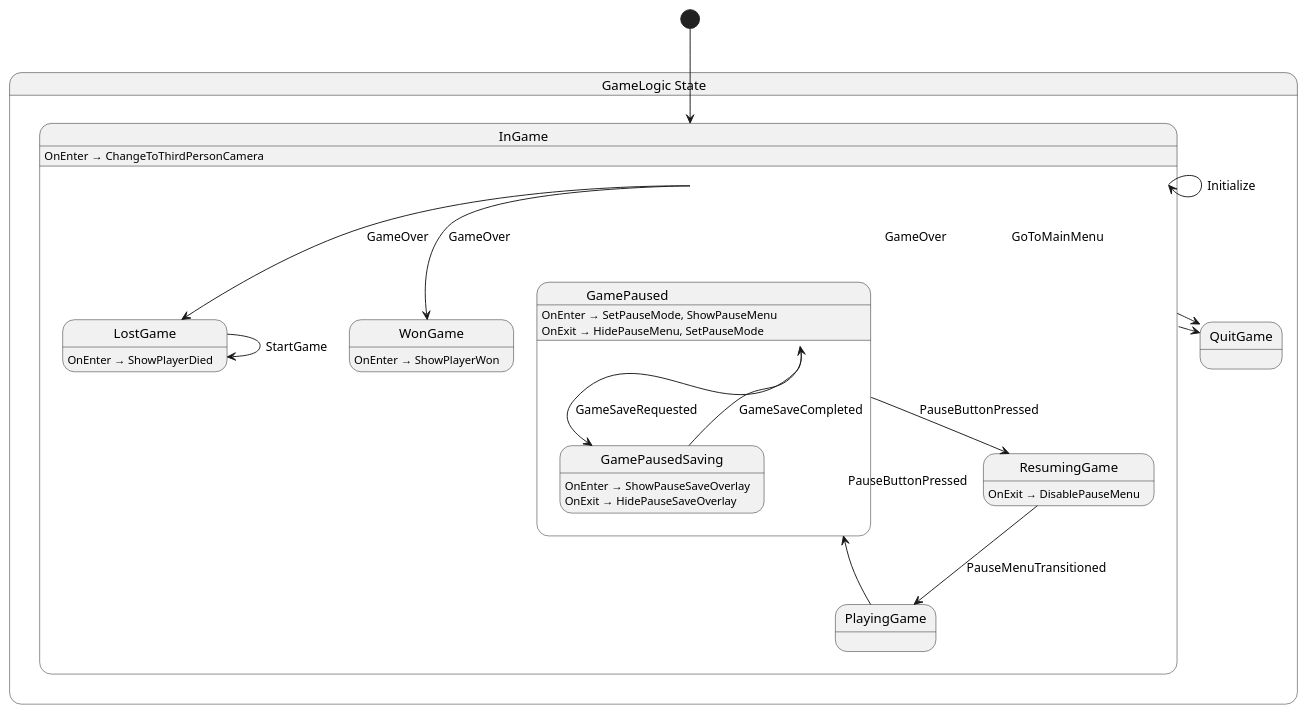
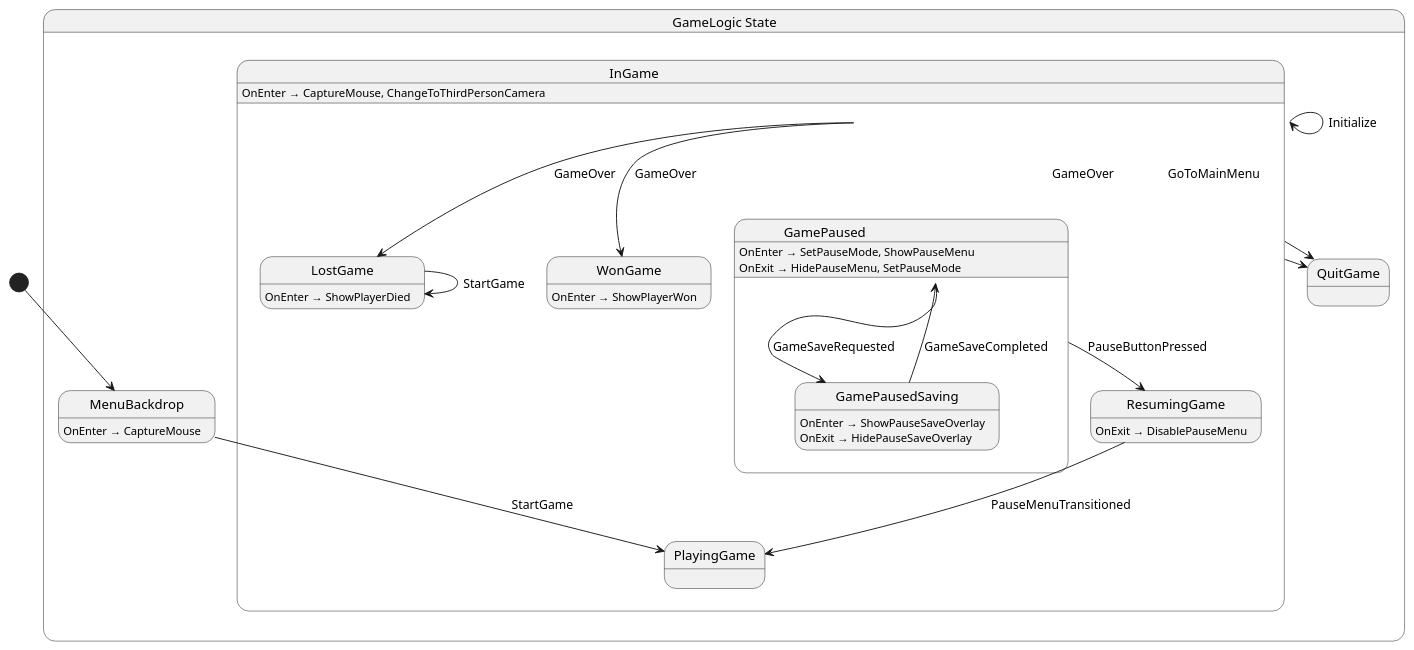
Before and after one commit to chickensoft-games/GameDemo: the diagram in src/game/state/GameLogic.g.puml, drawn with PlantUML. The commit also changed 6 other files, not shown here.

Commit message:
refactor: restore camera switching functionality when starting game

```diff
--- a/src/game/state/GameLogic.g.puml
+++ b/src/game/state/GameLogic.g.puml
@@ -1,40 +1,43 @@
 @startuml GameLogic
 state "GameLogic State" as GameDemo_GameLogic_State {
   state "InGame" as GameDemo_GameLogic_State_InGame {
     state "GamePaused" as GameDemo_GameLogic_State_GamePaused {
       state "GamePausedSaving" as GameDemo_GameLogic_State_GamePausedSaving {
         GameDemo_GameLogic_State_GamePausedSaving : OnEnter → ShowPauseSaveOverlay
         GameDemo_GameLogic_State_GamePausedSaving : OnExit → HidePauseSaveOverlay
       }
       GameDemo_GameLogic_State_GamePaused : OnEnter → SetPauseMode, ShowPauseMenu
       GameDemo_GameLogic_State_GamePaused : OnExit → HidePauseMenu, SetPauseMode
     }
     state "LostGame" as GameDemo_GameLogic_State_LostGame {
       GameDemo_GameLogic_State_LostGame : OnEnter → ShowPlayerDied
     }
     state "PlayingGame" as GameDemo_GameLogic_State_PlayingGame
     state "ResumingGame" as GameDemo_GameLogic_State_ResumingGame {
       GameDemo_GameLogic_State_ResumingGame : OnExit → DisablePauseMenu
     }
     state "WonGame" as GameDemo_GameLogic_State_WonGame {
       GameDemo_GameLogic_State_WonGame : OnEnter → ShowPlayerWon
     }
-    GameDemo_GameLogic_State_InGame : OnEnter → ChangeToThirdPersonCamera
+    GameDemo_GameLogic_State_InGame : OnEnter → CaptureMouse, ChangeToThirdPersonCamera
+  }
+  state "MenuBackdrop" as GameDemo_GameLogic_State_MenuBackdrop {
+    GameDemo_GameLogic_State_MenuBackdrop : OnEnter → CaptureMouse
   }
   state "QuitGame" as GameDemo_GameLogic_State_QuitGame
 }
 
 GameDemo_GameLogic_State_GamePaused --> GameDemo_GameLogic_State_GamePausedSaving : GameSaveRequested
 GameDemo_GameLogic_State_GamePaused --> GameDemo_GameLogic_State_ResumingGame : PauseButtonPressed
 GameDemo_GameLogic_State_GamePausedSaving --> GameDemo_GameLogic_State_GamePaused : GameSaveCompleted
 GameDemo_GameLogic_State_InGame --> GameDemo_GameLogic_State_InGame : Initialize
 GameDemo_GameLogic_State_InGame --> GameDemo_GameLogic_State_LostGame : GameOver
 GameDemo_GameLogic_State_InGame --> GameDemo_GameLogic_State_QuitGame : GameOver
 GameDemo_GameLogic_State_InGame --> GameDemo_GameLogic_State_QuitGame : GoToMainMenu
 GameDemo_GameLogic_State_InGame --> GameDemo_GameLogic_State_WonGame : GameOver
 GameDemo_GameLogic_State_LostGame --> GameDemo_GameLogic_State_LostGame : StartGame
-GameDemo_GameLogic_State_PlayingGame --> GameDemo_GameLogic_State_GamePaused : PauseButtonPressed
+GameDemo_GameLogic_State_MenuBackdrop --> GameDemo_GameLogic_State_PlayingGame : StartGame
 GameDemo_GameLogic_State_ResumingGame --> GameDemo_GameLogic_State_PlayingGame : PauseMenuTransitioned
 
-[*] --> GameDemo_GameLogic_State_InGame
+[*] --> GameDemo_GameLogic_State_MenuBackdrop
 @enduml
```
